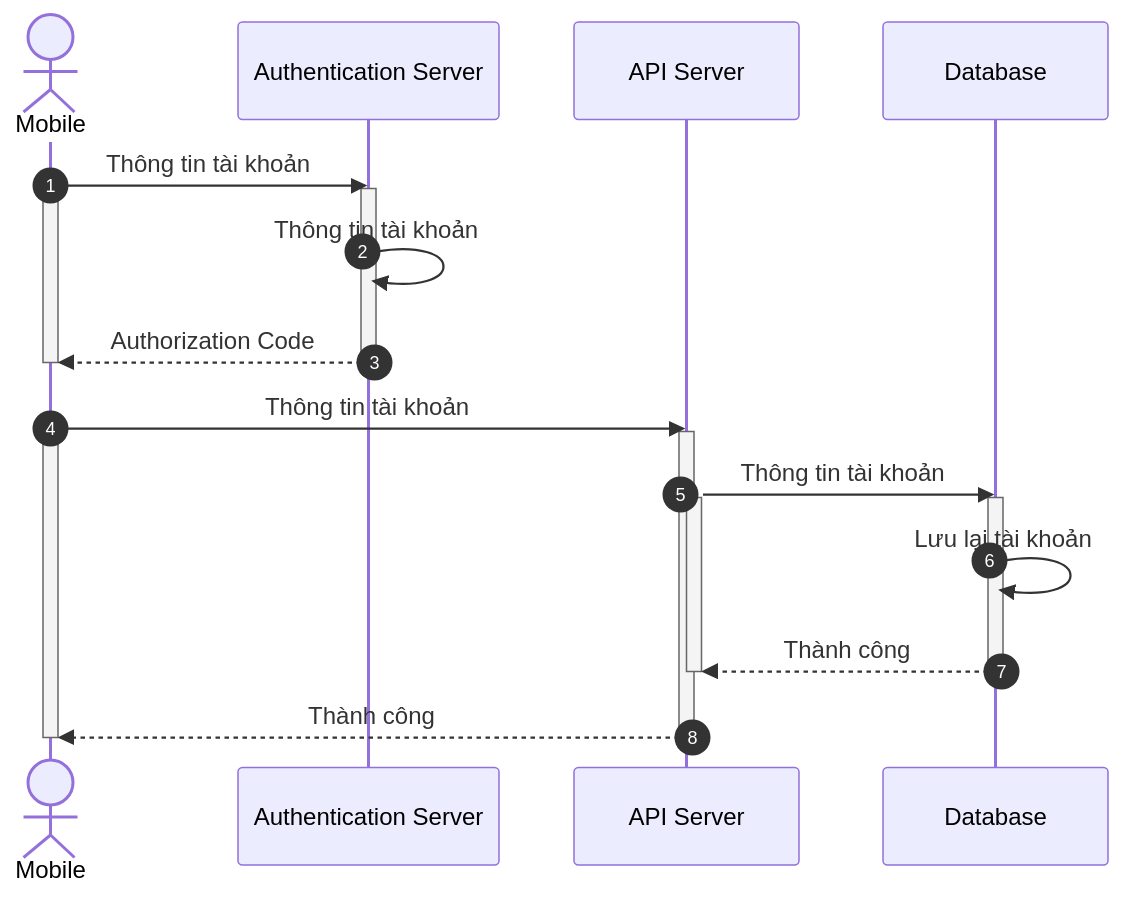
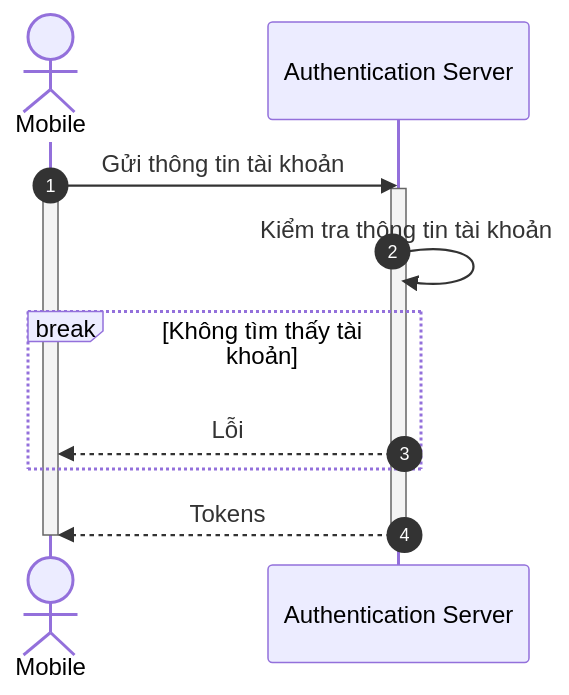
The second of 3 diagrams in docs/diagrams/sequence/user-auth.md (coinhub-uit/coinhub-uit.github.io), drawn with Mermaid before and after one commit. The commit also changed other lines of this file, not shown here.

Commit message:
fix(auth/user): maybe it's clearer
close #2

````diff
--- a/docs/diagrams/sequence/user-auth.md
+++ b/docs/diagrams/sequence/user-auth.md
@@ -31,29 +38,17 @@
 ```mermaid
 sequenceDiagram
   autonumber
   actor mobile as Mobile
   participant authServer as Authentication Server
-  participant apiServer as API Server
-  participant db as Database
 
-  mobile->>authServer: Thông tin tài khoản
+  mobile->>authServer: Gửi thông tin tài khoản
   activate mobile
   activate authServer
-  authServer->>authServer: Thông tin tài khoản
-  authServer-->>mobile: Authorization Code
+  authServer->>authServer: Kiểm tra thông tin tài khoản
+  break Không tìm thấy tài khoản
+    authServer-->>mobile: Lỗi
+  end
+    authServer-->>mobile: Tokens
   deactivate mobile
   deactivate authServer
-  mobile->>apiServer: Thông tin tài khoản
-  activate mobile
-  activate apiServer
-  apiServer->>db: Thông tin tài khoản
-  activate apiServer
-  activate db
-  db->>db: Lưu lại tài khoản
-  db-->>apiServer: Thành công
-  deactivate apiServer
-  deactivate db
-  apiServer-->>mobile: Thành công
-  deactivate mobile
-  deactivate apiServer
 ```
````
